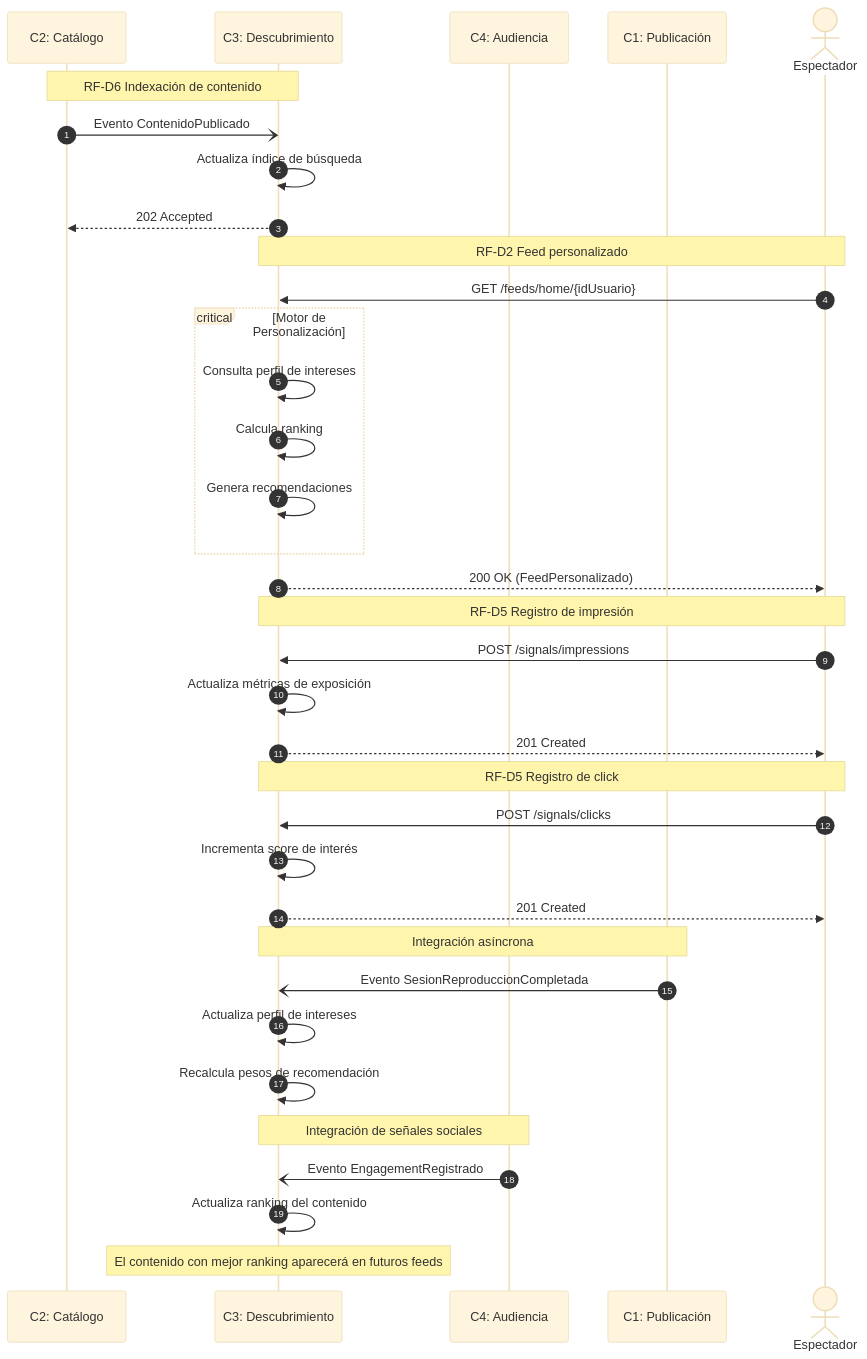
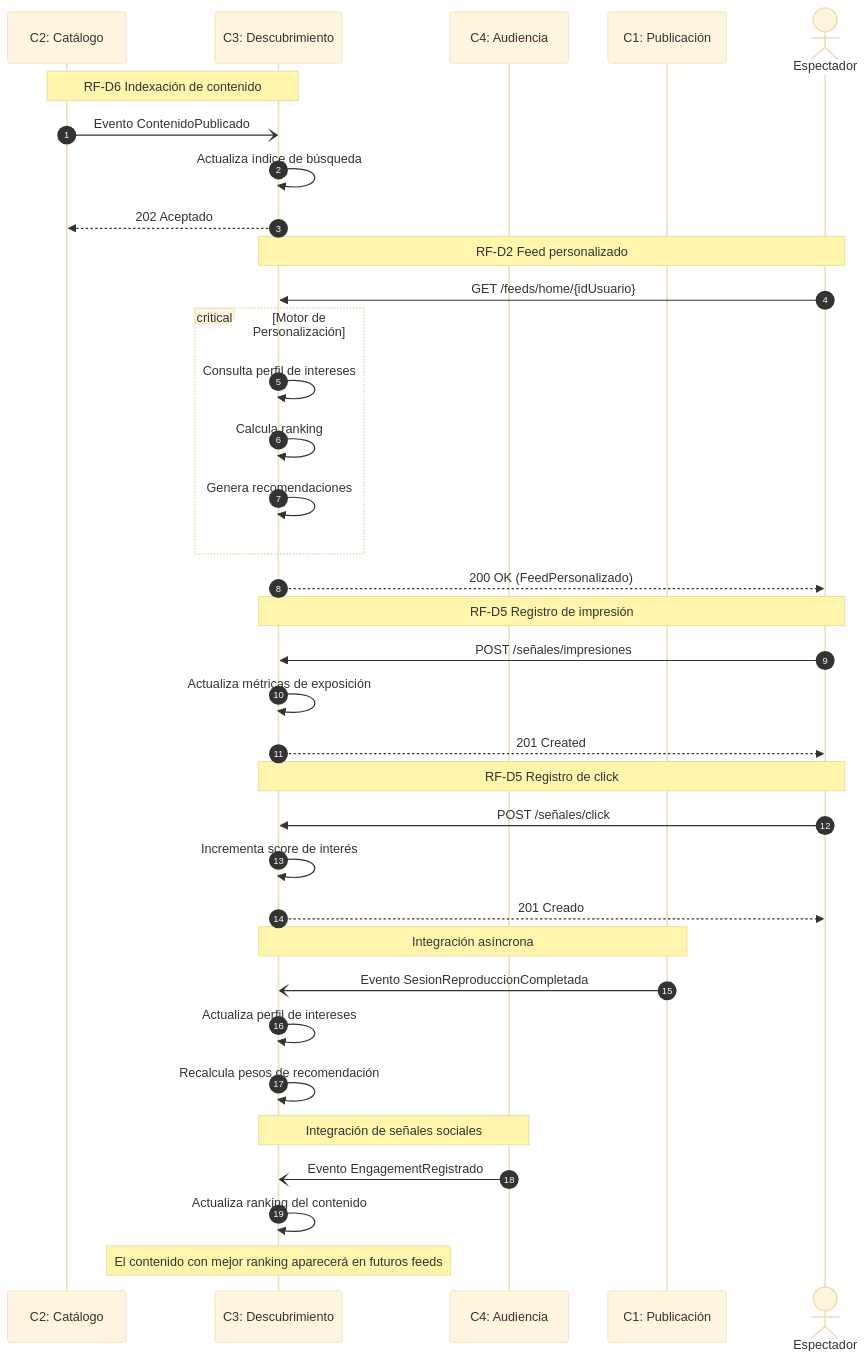
Before and after one commit to Wheaor/OpenAPI---Youtube: the second of 2 diagrams in bounded-contexts-3-descubrimiento/README.md, drawn with Mermaid (base theme).

````diff
--- a/bounded-contexts-3-descubrimiento/README.md
+++ b/bounded-contexts-3-descubrimiento/README.md
@@ -160,60 +160,60 @@
 ```mermaid
 sequenceDiagram
     autonumber
 
     participant C2 as C2: Catálogo
     participant C3 as C3: Descubrimiento
     participant C4 as C4: Audiencia
     participant C1 as C1: Publicación
     actor User as Espectador
 
     %% --- INDEXACIÓN DE CONTENIDO ---
     Note over C2,C3: RF-D6 Indexación de contenido
 
     C2-)C3: Evento ContenidoPublicado
     C3->>C3: Actualiza índice de búsqueda
-    C3-->>C2: 202 Accepted
+    C3-->>C2: 202 Aceptado
 
     %% --- GENERACIÓN DEL FEED ---
     Note over User,C3: RF-D2 Feed personalizado
 
     User->>C3: GET /feeds/home/{idUsuario}
 
     critical Motor de Personalización
         C3->>C3: Consulta perfil de intereses
         C3->>C3: Calcula ranking
         C3->>C3: Genera recomendaciones
     end
 
     C3-->>User: 200 OK (FeedPersonalizado)
 
     %% --- IMPRESIÓN ---
     Note over User,C3: RF-D5 Registro de impresión
 
-    User->>C3: POST /signals/impressions
+    User->>C3: POST /señales/impresiones
     C3->>C3: Actualiza métricas de exposición
     C3-->>User: 201 Created
 
     %% --- CLICK SOBRE RECOMENDACIÓN ---
     Note over User,C3: RF-D5 Registro de click
 
-    User->>C3: POST /signals/clicks
+    User->>C3: POST /señales/click
     C3->>C3: Incrementa score de interés
-    C3-->>User: 201 Created
+    C3-->>User: 201 Creado
 
     %% --- WATCH TIME DESDE PUBLICACIÓN ---
     Note over C1,C3: Integración asíncrona
 
     C1-)C3: Evento SesionReproduccionCompletada
     C3->>C3: Actualiza perfil de intereses
     C3->>C3: Recalcula pesos de recomendación
 
     %% --- ENGAGEMENT DESDE AUDIENCIA ---
     Note over C4,C3: Integración de señales sociales
 
     C4-)C3: Evento EngagementRegistrado
     C3->>C3: Actualiza ranking del contenido
 
     %% --- RECOMENDACIÓN FUTURA ---
     Note over C3: El contenido con mejor ranking aparecerá en futuros feeds
 ```
````
